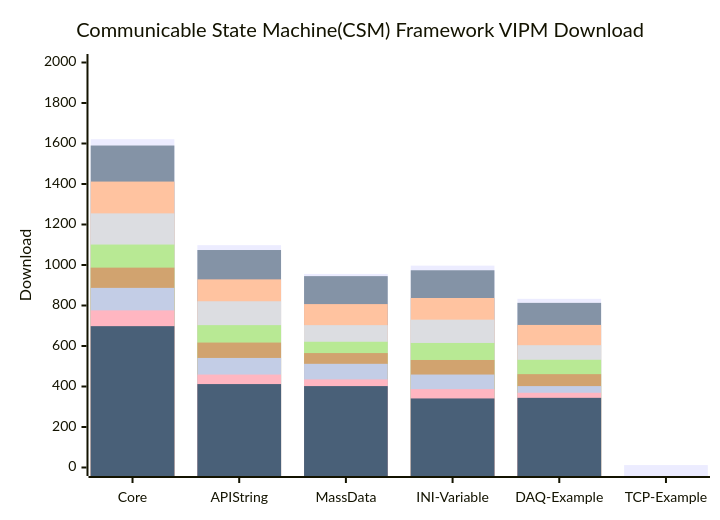
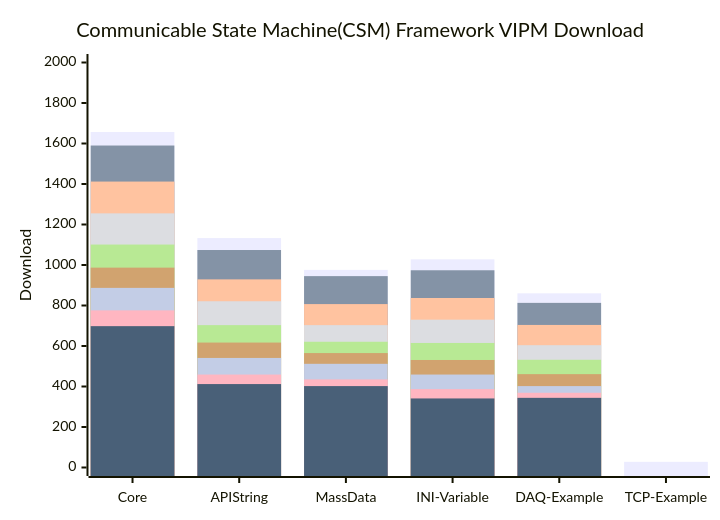
One commit to NEVSTOP-LAB/.github changed the diagram in profile/README.md. Above: the diagram before and after it, drawn with Mermaid.

````diff
--- a/profile/README.md
+++ b/profile/README.md
@@ -31,15 +31,15 @@
 ```mermaid
     xychart-beta
     title "Communicable State Machine(CSM) Framework VIPM Download"
     x-axis [Core, API String, MassData, INI-Variable, DAQ-Example, TCP-Example]
     y-axis "Download" 0 --> 2000
-    bar   [1621, 1098, 956, 997, 833, 12]
+    bar   [1657, 1133, 976, 1028, 860, 28]
     bar   [1590, 1074, 945, 974, 813]
     bar   [1412, 929, 807, 837, 704]
     bar   [1255, 821, 703, 730, 604]
     bar   [1101, 703, 621, 615, 532]
     bar   [987, 617, 565, 531, 461]
     bar   [887, 541, 512, 459, 402]
     bar   [776, 459, 435, 387, 369]
     bar   [698, 412, 402, 341, 344]
 ```
````
